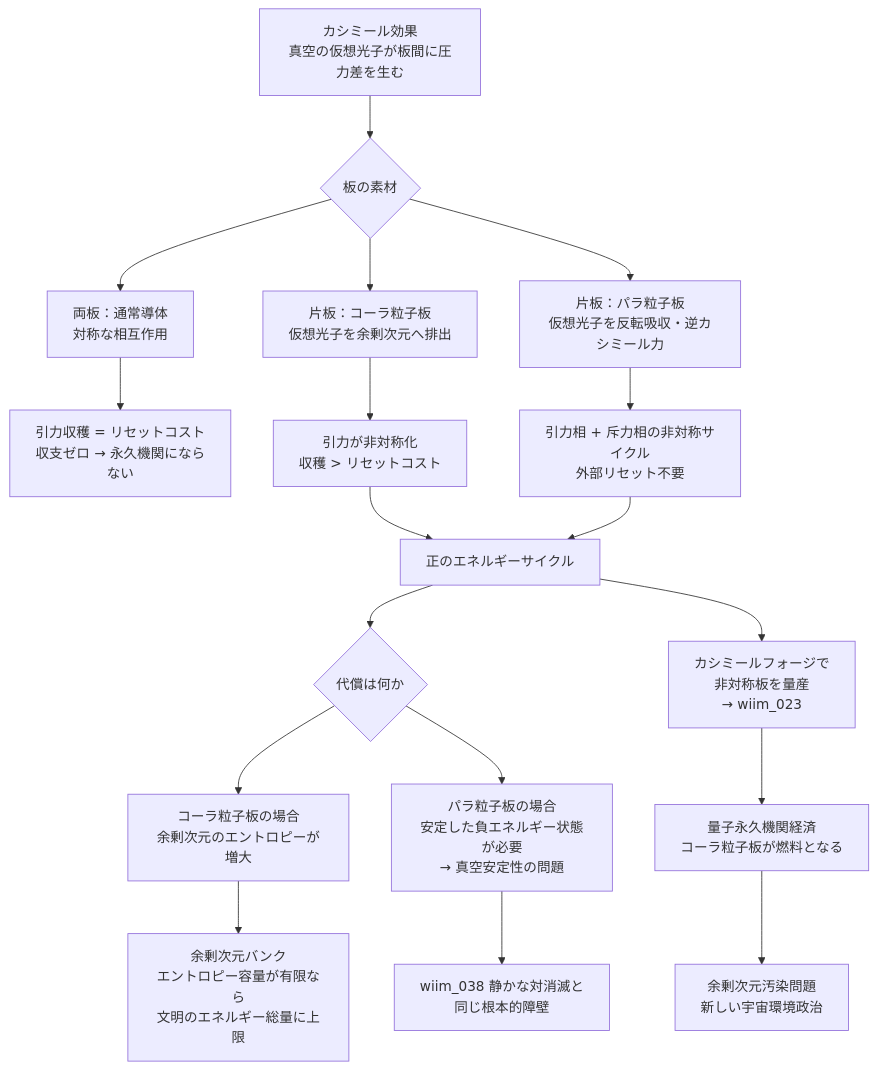
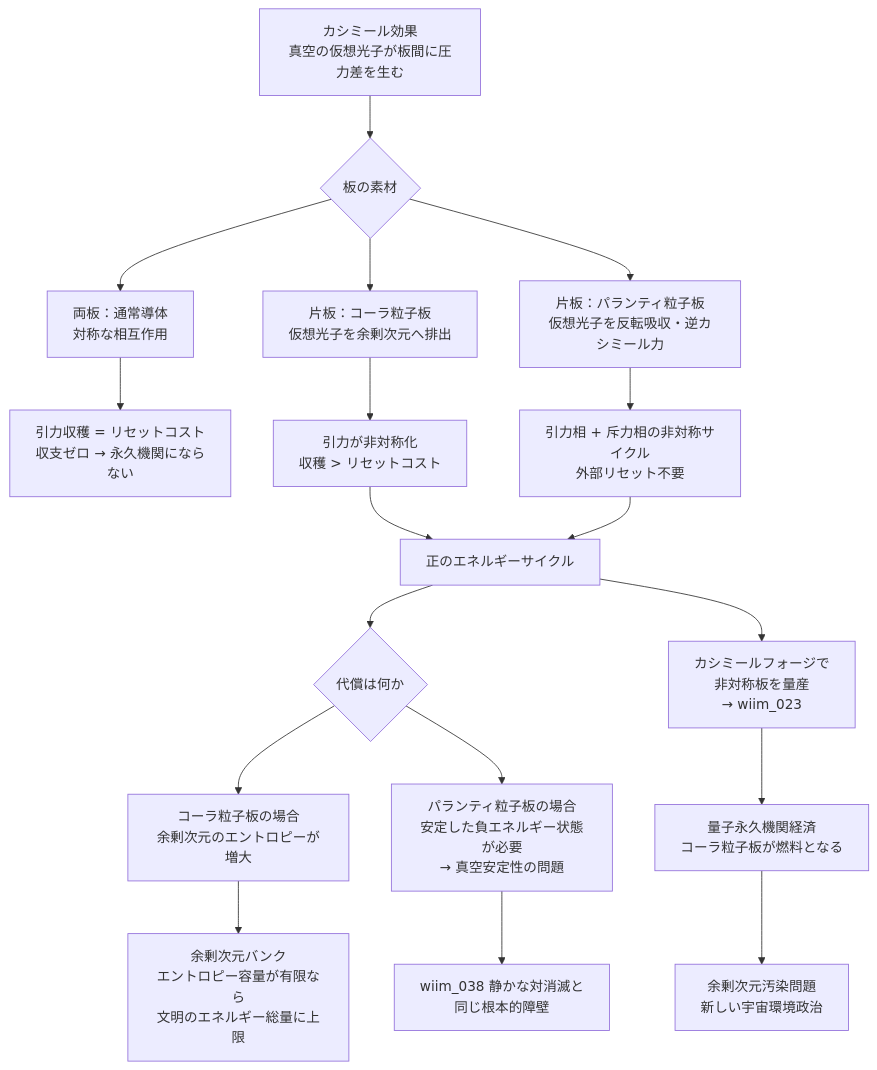
Before and after one commit to theronium/WhatIfImpossible: the diagram in docs/quantum/wiim_039.md, drawn with Mermaid. The commit also changed other lines of this file and 35 other files, not shown here.

````diff
--- a/docs/quantum/wiim_039.md
+++ b/docs/quantum/wiim_039.md
@@ -124,26 +126,26 @@
 ```mermaid
 flowchart TD
     A[カシミール効果\n真空の仮想光子が板間に圧力差を生む] --> B{板の素材}
 
     B --> C[両板：通常導体\n対称な相互作用]
     C --> C1[引力収穫 = リセットコスト\n収支ゼロ → 永久機関にならない]
 
     B --> D[片板：コーラ粒子板\n仮想光子を余剰次元へ排出]
     D --> D1[引力が非対称化\n収穫 > リセットコスト]
     D1 --> D2[正のエネルギーサイクル]
 
-    B --> E[片板：パラ粒子板\n仮想光子を反転吸収・逆カシミール力]
+    B --> E[片板：パランティ粒子板\n仮想光子を反転吸収・逆カシミール力]
     E --> E1[引力相 + 斥力相の非対称サイクル\n外部リセット不要]
     E1 --> D2
 
     D2 --> F{代償は何か}
     F --> F1[コーラ粒子板の場合\n余剰次元のエントロピーが増大]
-    F --> F2[パラ粒子板の場合\n安定した負エネルギー状態が必要\n→ 真空安定性の問題]
+    F --> F2[パランティ粒子板の場合\n安定した負エネルギー状態が必要\n→ 真空安定性の問題]
 
     F1 --> G[余剰次元バンク\nエントロピー容量が有限なら\n文明のエネルギー総量に上限]
     F2 --> H[wiim_038 静かな対消滅と\n同じ根本的障壁]
 
     D2 --> I[カシミールフォージで\n非対称板を量産\n→ wiim_023]
     I --> J[量子永久機関経済\nコーラ粒子板が燃料となる]
     J --> K[余剰次元汚染問題\n新しい宇宙環境政治]
 ```
````
